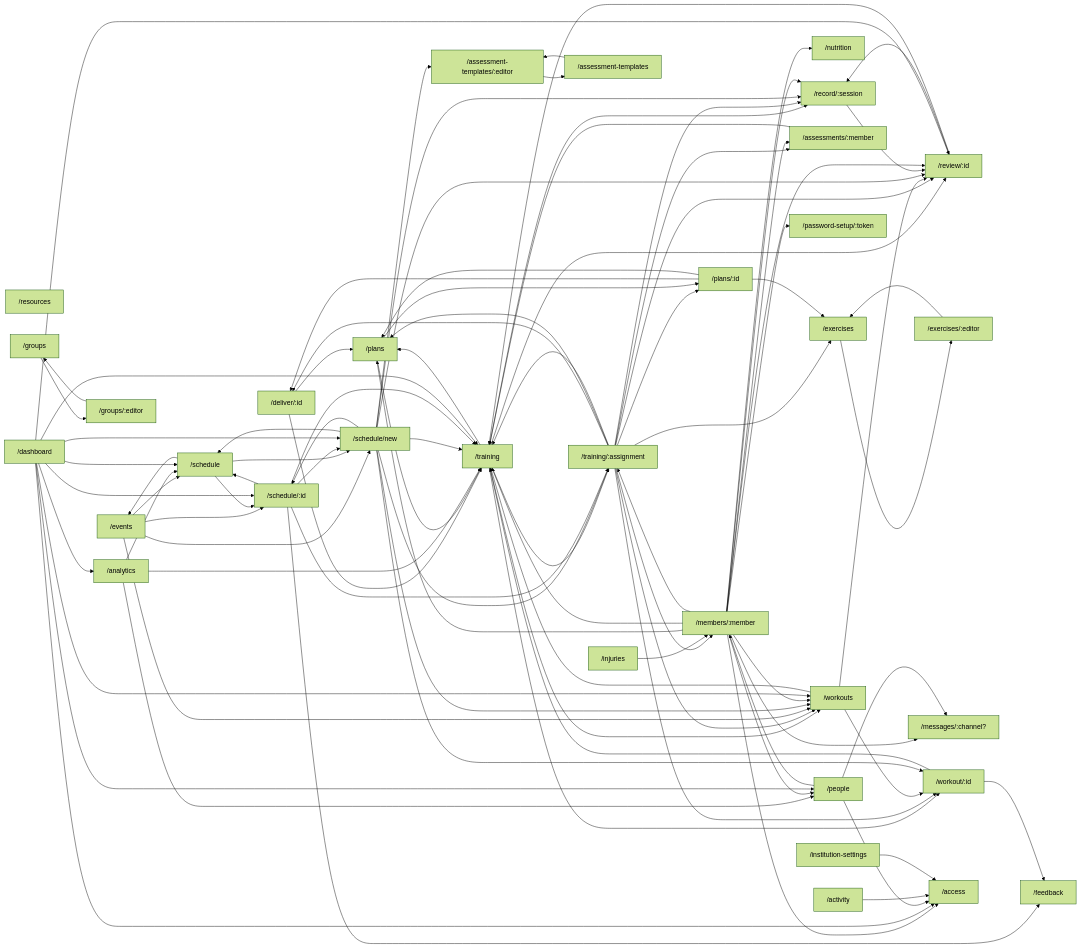
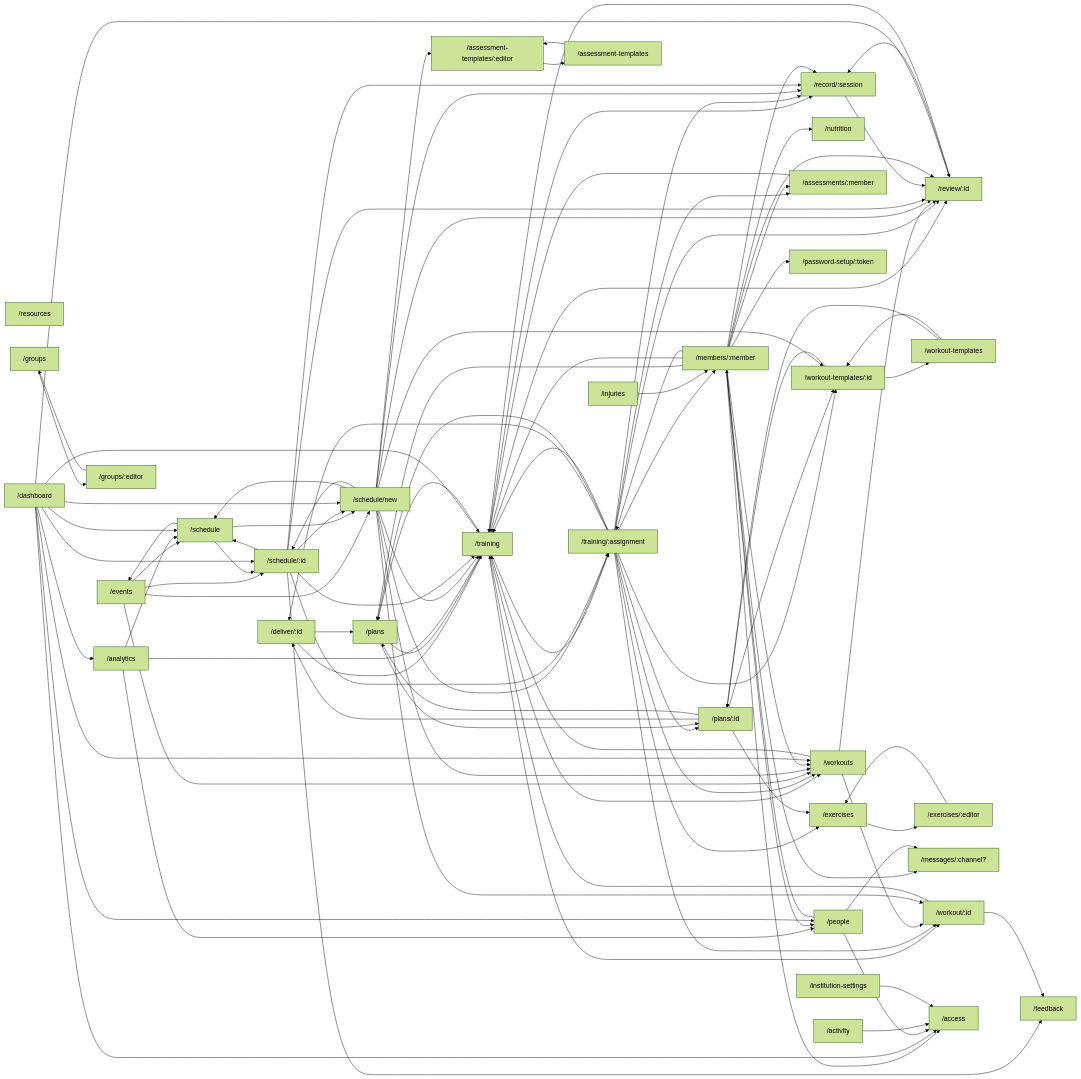
The second of 2 diagrams in docs/reference/frontend/navigation.md (Rafik-Athlete-Managment/Rafik-OpenSource), drawn with Mermaid (forest theme) before and after one commit. The commit also changed other lines of this file and 68 other files, not shown here.

Commit message:
Add workout templates and coach-recorded group results

````diff
--- a/docs/reference/frontend/navigation.md
+++ b/docs/reference/frontend/navigation.md
@@ -179,120 +183,131 @@
   r5["/workouts"]
   r6["/review/:id"]
   r7["/plans"]
-  r8["/plans/:id"]
-  r9["/feedback"]
-  r10["/exercises"]
-  r11["/exercises/:editor"]
-  r12["/resources"]
-  r13["/nutrition"]
-  r14["/injuries"]
-  r15["/analytics"]
-  r16["/messages/:channel?"]
-  r17["/schedule"]
-  r18["/schedule/new"]
-  r19["/schedule/:id"]
-  r20["/groups"]
-  r21["/groups/:editor"]
-  r22["/assessment-templates"]
-  r23["/assessment-templates/:editor"]
-  r24["/record/:session"]
-  r25["/members/:member"]
-  r26["/assessments/:member"]
-  r27["/dashboard"]
-  r28["/people"]
-  r29["/activity"]
-  r30["/institution-settings"]
-  r37["/workout/:id"]
-  r31["/access"]
-  r35["/password-setup/:token"]
+  r8["/workout-templates"]
+  r9["/workout-templates/:id"]
+  r10["/plans/:id"]
+  r11["/feedback"]
+  r12["/exercises"]
+  r13["/exercises/:editor"]
+  r14["/resources"]
+  r15["/nutrition"]
+  r16["/injuries"]
+  r17["/analytics"]
+  r18["/messages/:channel?"]
+  r19["/schedule"]
+  r20["/schedule/new"]
+  r21["/schedule/:id"]
+  r22["/groups"]
+  r23["/groups/:editor"]
+  r24["/assessment-templates"]
+  r25["/assessment-templates/:editor"]
+  r26["/record/:session"]
+  r27["/members/:member"]
+  r28["/assessments/:member"]
+  r29["/dashboard"]
+  r30["/people"]
+  r31["/activity"]
+  r32["/institution-settings"]
+  r39["/workout/:id"]
+  r33["/access"]
+  r37["/password-setup/:token"]
   r1 --> r7
   r1 --> r2
   r2 --> r7
-  r2 --> r24
+  r2 --> r26
   r2 --> r6
   r2 --> r3
-  r2 --> r37
+  r2 --> r39
   r2 --> r5
+  r3 --> r28
+  r3 --> r1
+  r3 --> r12
+  r3 --> r27
+  r3 --> r7
+  r3 --> r10
   r3 --> r26
-  r3 --> r1
-  r3 --> r10
-  r3 --> r25
-  r3 --> r7
-  r3 --> r8
-  r3 --> r24
   r3 --> r6
   r3 --> r2
-  r3 --> r37
+  r3 --> r9
+  r3 --> r39
   r3 --> r5
-  r4 --> r17
   r4 --> r19
-  r4 --> r18
+  r4 --> r21
+  r4 --> r20
   r4 --> r5
   r5 --> r6
   r5 --> r2
-  r5 --> r37
-  r6 --> r24
+  r5 --> r39
+  r6 --> r26
   r6 --> r2
-  r7 --> r8
+  r7 --> r10
   r7 --> r2
-  r8 --> r1
   r8 --> r10
-  r8 --> r7
-  r10 --> r11
-  r11 --> r10
-  r14 --> r25
-  r15 --> r28
-  r15 --> r17
-  r15 --> r2
-  r17 --> r4
+  r8 --> r9
+  r9 --> r10
+  r9 --> r8
+  r10 --> r1
+  r10 --> r12
+  r10 --> r7
+  r10 --> r9
+  r12 --> r13
+  r13 --> r12
+  r16 --> r27
+  r17 --> r30
   r17 --> r19
-  r17 --> r18
-  r18 --> r23
-  r18 --> r24
-  r18 --> r6
-  r18 --> r17
-  r18 --> r19
-  r18 --> r2
-  r18 --> r3
-  r18 --> r37
-  r18 --> r5
-  r19 --> r9
-  r19 --> r17
-  r19 --> r18
-  r19 --> r2
-  r19 --> r3
+  r17 --> r2
+  r19 --> r4
+  r19 --> r21
+  r19 --> r20
+  r20 --> r25
+  r20 --> r26
+  r20 --> r6
+  r20 --> r19
   r20 --> r21
+  r20 --> r2
+  r20 --> r3
+  r20 --> r9
+  r20 --> r39
+  r20 --> r5
+  r21 --> r11
+  r21 --> r26
+  r21 --> r6
+  r21 --> r19
   r21 --> r20
+  r21 --> r2
+  r21 --> r3
   r22 --> r23
   r23 --> r22
-  r24 --> r6
-  r25 --> r31
-  r25 --> r26
-  r25 --> r16
-  r25 --> r13
-  r25 --> r35
-  r25 --> r28
-  r25 --> r7
+  r24 --> r25
   r25 --> r24
-  r25 --> r6
-  r25 --> r2
-  r25 --> r3
-  r25 --> r5
-  r26 --> r2
-  r27 --> r31
+  r26 --> r6
+  r27 --> r33
   r27 --> r28
+  r27 --> r18
   r27 --> r15
+  r27 --> r37
+  r27 --> r30
+  r27 --> r7
+  r27 --> r26
+  r27 --> r6
   r27 --> r2
-  r27 --> r17
-  r27 --> r18
-  r27 --> r19
-  r27 --> r6
+  r27 --> r3
   r27 --> r5
-  r28 --> r31
-  r28 --> r25
-  r28 --> r16
-  r29 --> r31
-  r30 --> r31
-  r37 --> r9
-  r37 --> r2
+  r28 --> r2
+  r29 --> r33
+  r29 --> r30
+  r29 --> r17
+  r29 --> r2
+  r29 --> r19
+  r29 --> r20
+  r29 --> r21
+  r29 --> r6
+  r29 --> r5
+  r30 --> r33
+  r30 --> r27
+  r30 --> r18
+  r31 --> r33
+  r32 --> r33
+  r39 --> r11
+  r39 --> r2
 ```
````
